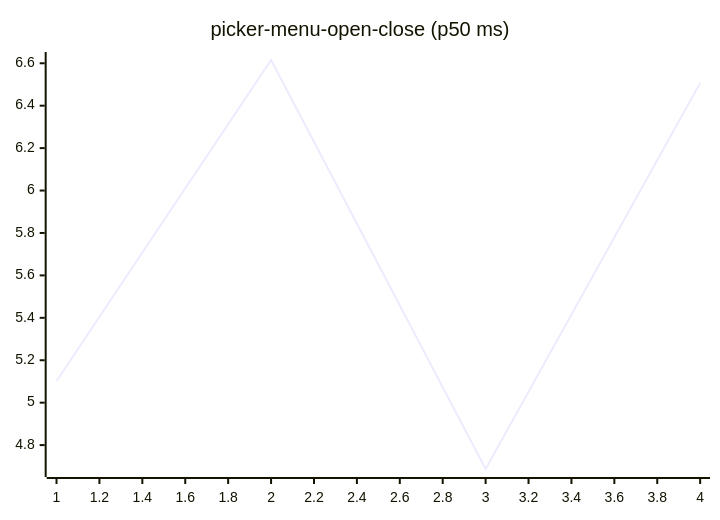
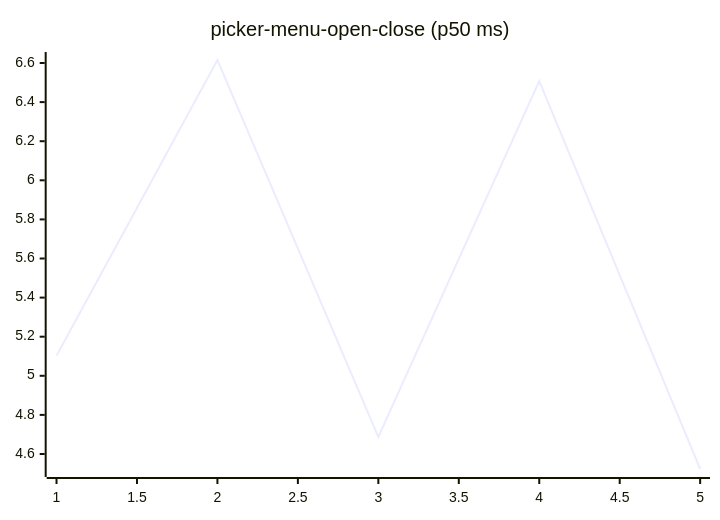
One commit to josha/Facet changed diagram 16 of 27 in README.md. Above: the diagram before and after it, drawn with Mermaid. The commit also changed other lines of this file and 2 other files, not shown here.

````diff
--- a/README.md
+++ b/README.md
@@ -168,6 +168,6 @@
 ```mermaid
 xychart-beta
     title "picker-menu-open-close (p50 ms)"
-    x-axis 1 --> 4
-    line [5.1020, 6.6154, 4.6873, 6.5076]
+    x-axis 1 --> 5
+    line [5.1020, 6.6154, 4.6873, 6.5076, 4.5232]
 ```
````
